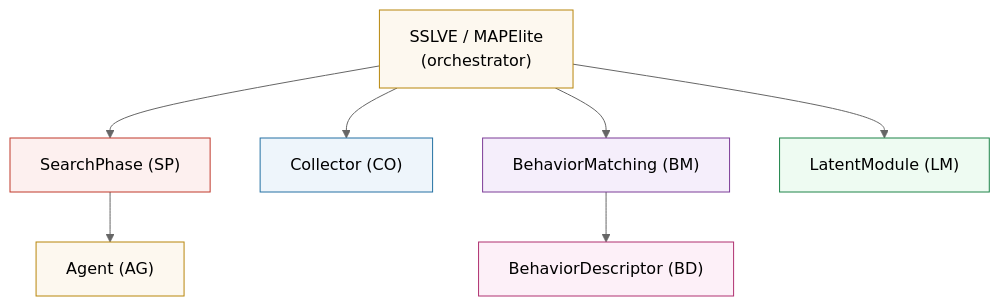
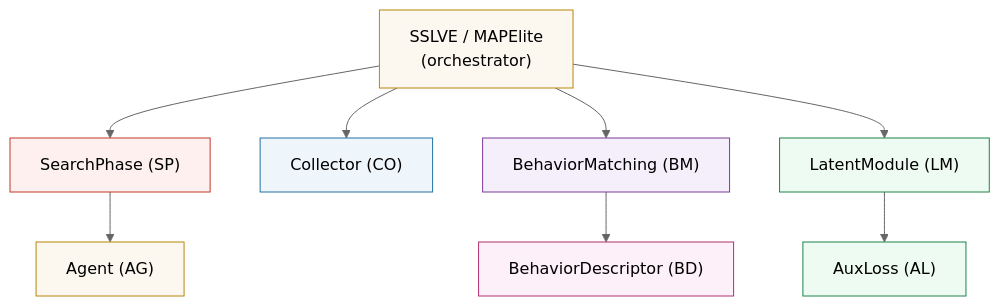
One commit to yugoguy/org changed the third of 3 diagrams in README.md. Above: the diagram before and after it, drawn with Mermaid (neutral theme). The commit also changed other lines of this file, not shown here.

````diff
--- a/README.md
+++ b/README.md
@@ -116,19 +116,21 @@
 ```mermaid
 flowchart TD
     ORCH["SSLVE / MAPElite\n(orchestrator)"]
     ORCH --> SP["SearchPhase (SP)"]
     ORCH --> CO["Collector (CO)"]
     ORCH --> BM["BehaviorMatching (BM)"]
     ORCH --> LM["LatentModule (LM)"]
 
     SP --> AG["Agent (AG)"]
     BM --> BD["BehaviorDescriptor (BD)"]
+    LM --> AL["AuxLoss (AL)"]
 
     style ORCH fill:#fdf8ef,stroke:#b8860b,color:#000
     style SP fill:#fdf0ef,stroke:#c0392b,color:#000
     style CO fill:#eef5fb,stroke:#2471a3,color:#000
     style BM fill:#f5eefb,stroke:#7d3c98,color:#000
     style LM fill:#eefbf2,stroke:#1e8449,color:#000
     style AG fill:#fdf8ef,stroke:#b8860b,color:#000
     style BD fill:#fdf0f8,stroke:#b03070,color:#000
+    style AL fill:#eefbf2,stroke:#1e8449,color:#000
 ```
````
